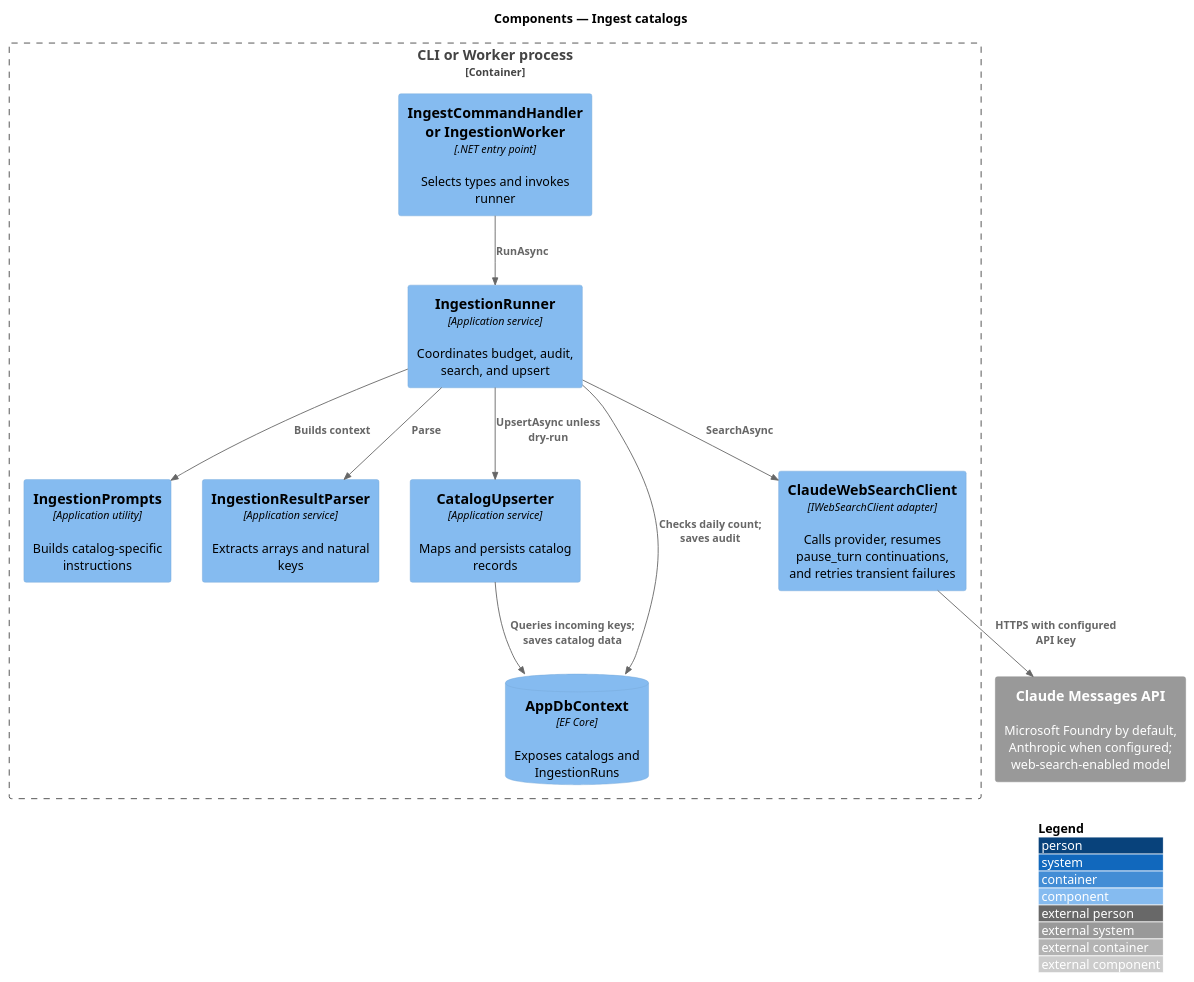
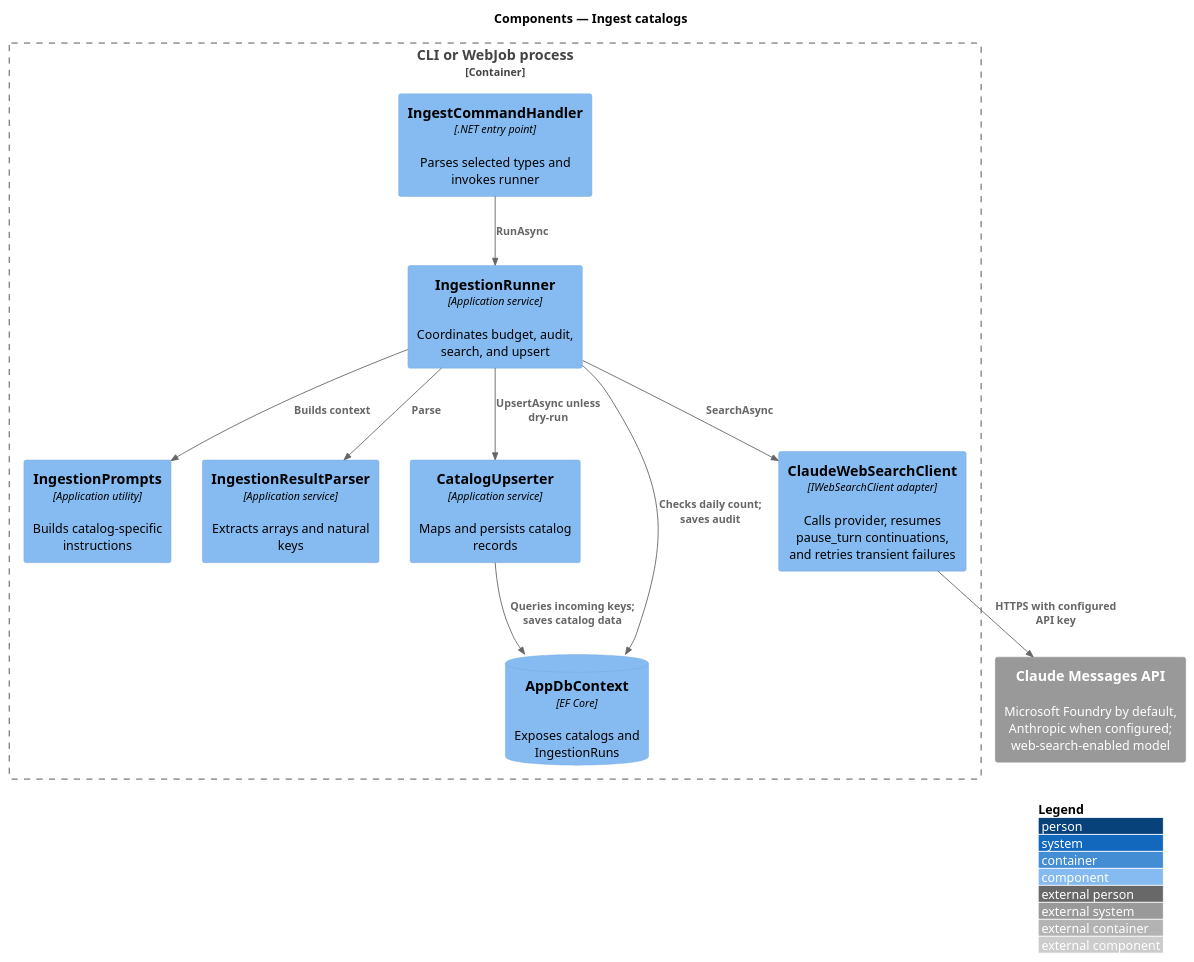
The diagram in docs/detailed-designs/discovery/ingest-catalogs/diagrams/c4-component.puml (QuinntyneBrown/saturdaze), drawn with PlantUML before and after one commit. The commit also changed 2 other files, not shown here.

Commit message:
Align ingestion deployment docs

```diff
--- a/docs/detailed-designs/discovery/ingest-catalogs/diagrams/c4-component.puml
+++ b/docs/detailed-designs/discovery/ingest-catalogs/diagrams/c4-component.puml
@@ -1,23 +1,23 @@
 @startuml
 !include <C4/C4_Component>
 LAYOUT_WITH_LEGEND()
 title Components — Ingest catalogs
-Container_Boundary(host, "CLI or Worker process") {
- Component(entry, "IngestCommandHandler or IngestionWorker", ".NET entry point", "Selects types and invokes runner")
+Container_Boundary(host, "CLI or WebJob process") {
+ Component(entry, "IngestCommandHandler", ".NET entry point", "Parses selected types and invokes runner")
  Component(runner, "IngestionRunner", "Application service", "Coordinates budget, audit, search, and upsert")
  Component(prompts, "IngestionPrompts", "Application utility", "Builds catalog-specific instructions")
  Component(parser, "IngestionResultParser", "Application service", "Extracts arrays and natural keys")
  Component(upserter, "CatalogUpserter", "Application service", "Maps and persists catalog records")
  Component(client, "ClaudeWebSearchClient", "IWebSearchClient adapter", "Calls provider, resumes pause_turn continuations, and retries transient failures")
  ComponentDb(db, "AppDbContext", "EF Core", "Exposes catalogs and IngestionRuns")
 }
 System_Ext(provider, "Claude Messages API", "Microsoft Foundry by default, Anthropic when configured; web-search-enabled model")
 Rel(entry, runner, "RunAsync")
 Rel(runner, prompts, "Builds context")
 Rel(runner, db, "Checks daily count; saves audit")
 Rel(runner, client, "SearchAsync")
 Rel(client, provider, "HTTPS with configured API key")
 Rel(runner, parser, "Parse")
 Rel(runner, upserter, "UpsertAsync unless dry-run")
 Rel(upserter, db, "Queries incoming keys; saves catalog data")
 @enduml
```
